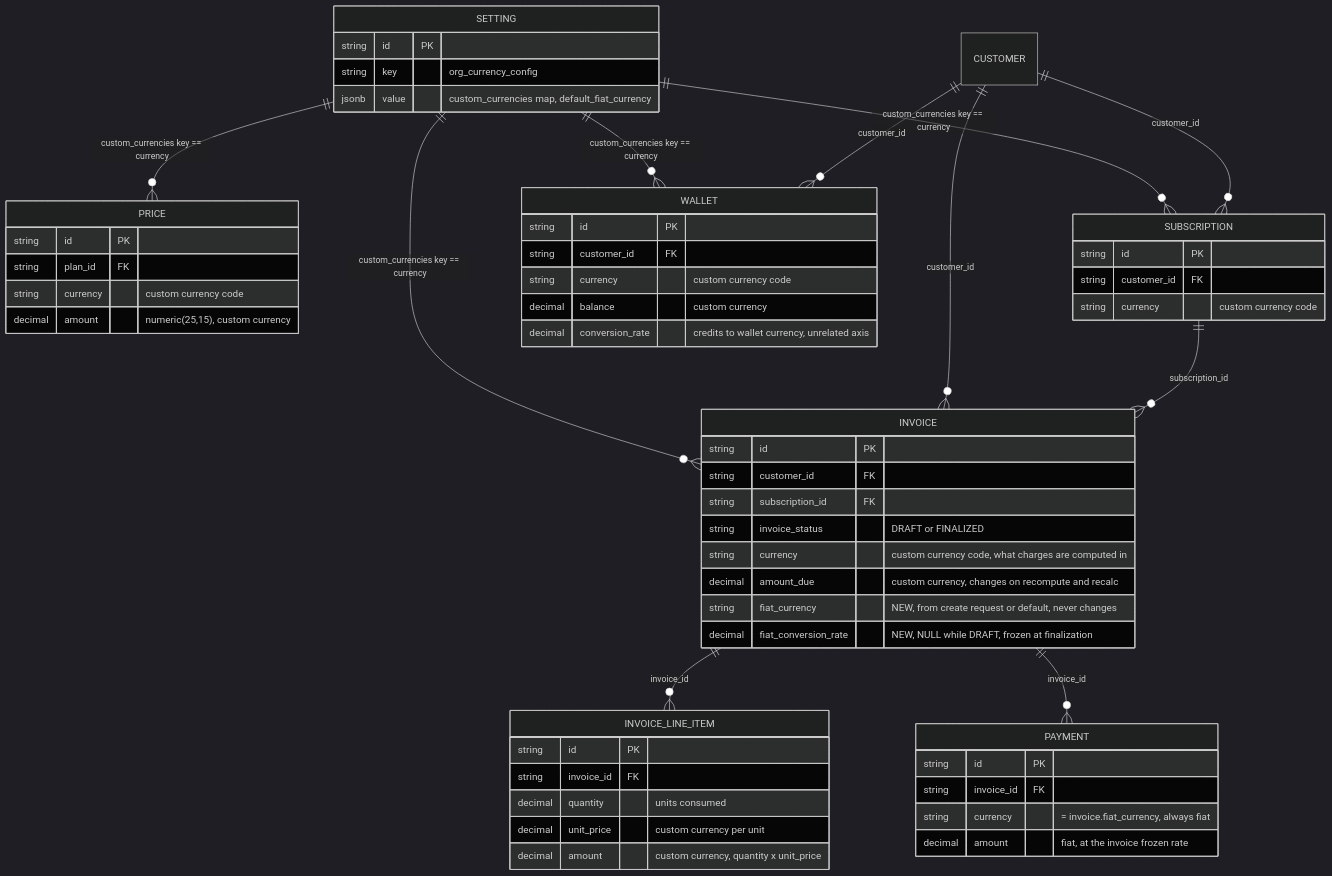
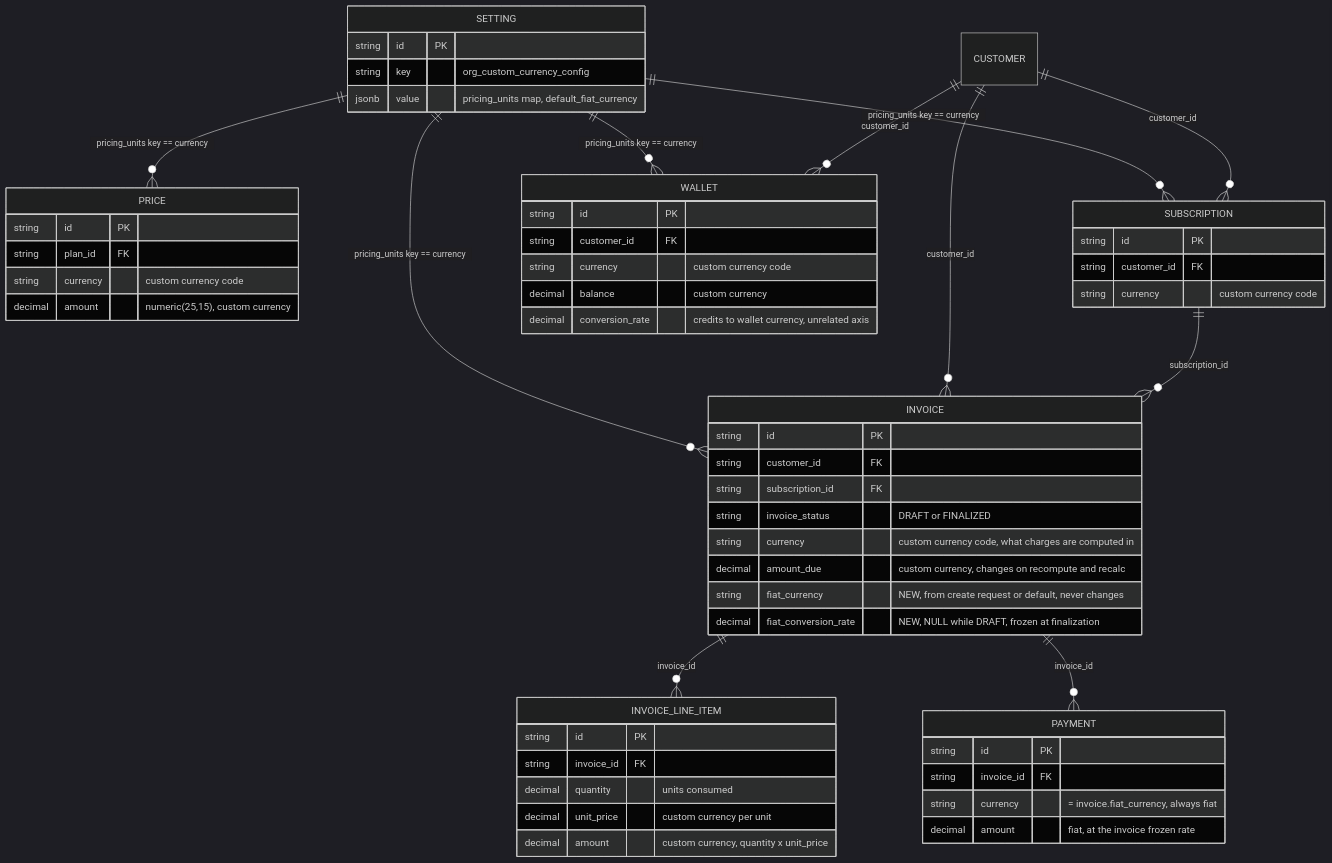
Before and after one commit to subratsahilgupta/flexprice: the first of 3 diagrams in docs/design/2026-08-27-FLE-1201-custom-org-currency.md, drawn with Mermaid (dark theme). The commit also changed other lines of this file and 25 other files, not shown here.

Commit message:
feat(custom-currency): add support for org custom currency

````diff
--- a/docs/design/2026-08-27-FLE-1201-custom-org-currency.md
+++ b/docs/design/2026-08-27-FLE-1201-custom-org-currency.md
@@ -267,60 +269,60 @@
 ```mermaid
 erDiagram
-    SETTING ||--o{ PRICE : "custom_currencies key == currency"
-    SETTING ||--o{ SUBSCRIPTION : "custom_currencies key == currency"
-    SETTING ||--o{ WALLET : "custom_currencies key == currency"
-    SETTING ||--o{ INVOICE : "custom_currencies key == currency"
+    SETTING ||--o{ PRICE : "pricing_units key == currency"
+    SETTING ||--o{ SUBSCRIPTION : "pricing_units key == currency"
+    SETTING ||--o{ WALLET : "pricing_units key == currency"
+    SETTING ||--o{ INVOICE : "pricing_units key == currency"
     CUSTOMER ||--o{ SUBSCRIPTION : "customer_id"
     CUSTOMER ||--o{ WALLET : "customer_id"
     CUSTOMER ||--o{ INVOICE : "customer_id"
     SUBSCRIPTION ||--o{ INVOICE : "subscription_id"
     INVOICE ||--o{ INVOICE_LINE_ITEM : "invoice_id"
     INVOICE ||--o{ PAYMENT : "invoice_id"
 
     SETTING {
         string id PK
-        string key "org_currency_config"
-        jsonb value "custom_currencies map, default_fiat_currency"
+        string key "org_custom_currency_config"
+        jsonb value "pricing_units map, default_fiat_currency"
     }
     PRICE {
         string id PK
         string plan_id FK
         string currency "custom currency code"
         decimal amount "numeric(25,15), custom currency"
     }
     SUBSCRIPTION {
         string id PK
         string customer_id FK
         string currency "custom currency code"
     }
     WALLET {
         string id PK
         string customer_id FK
         string currency "custom currency code"
         decimal balance "custom currency"
         decimal conversion_rate "credits to wallet currency, unrelated axis"
     }
     INVOICE {
         string id PK
         string customer_id FK
         string subscription_id FK
         string invoice_status "DRAFT or FINALIZED"
         string currency "custom currency code, what charges are computed in"
         decimal amount_due "custom currency, changes on recompute and recalc"
         string fiat_currency "NEW, from create request or default, never changes"
         decimal fiat_conversion_rate "NEW, NULL while DRAFT, frozen at finalization"
     }
     INVOICE_LINE_ITEM {
         string id PK
         string invoice_id FK
         decimal quantity "units consumed"
         decimal unit_price "custom currency per unit"
         decimal amount "custom currency, quantity x unit_price"
     }
     PAYMENT {
         string id PK
         string invoice_id FK
         string currency "= invoice.fiat_currency, always fiat"
         decimal amount "fiat, at the invoice frozen rate"
     }
 ```
````
